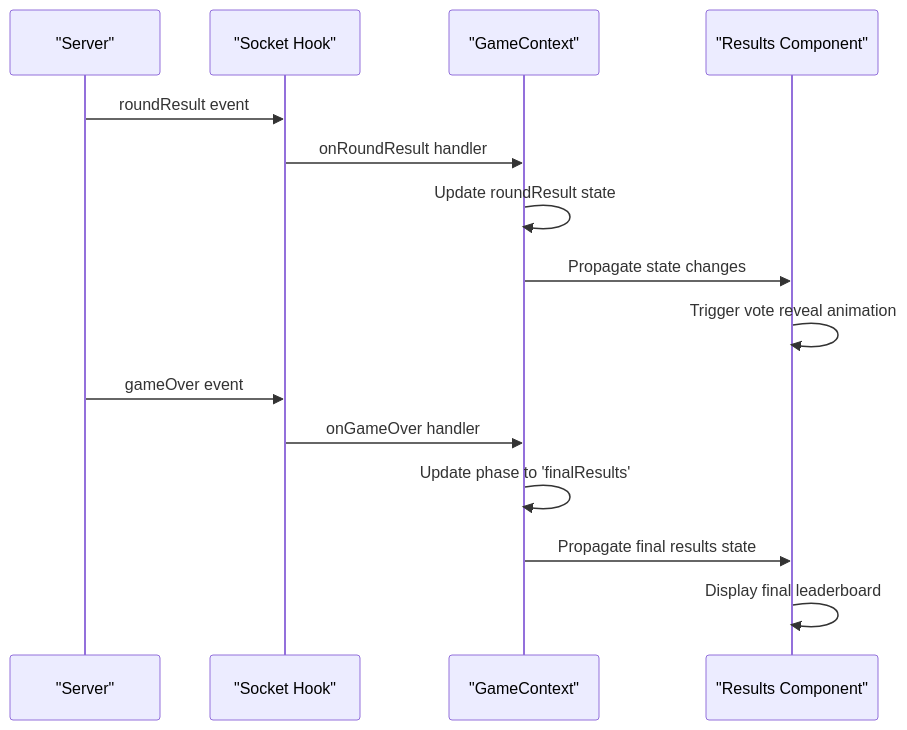
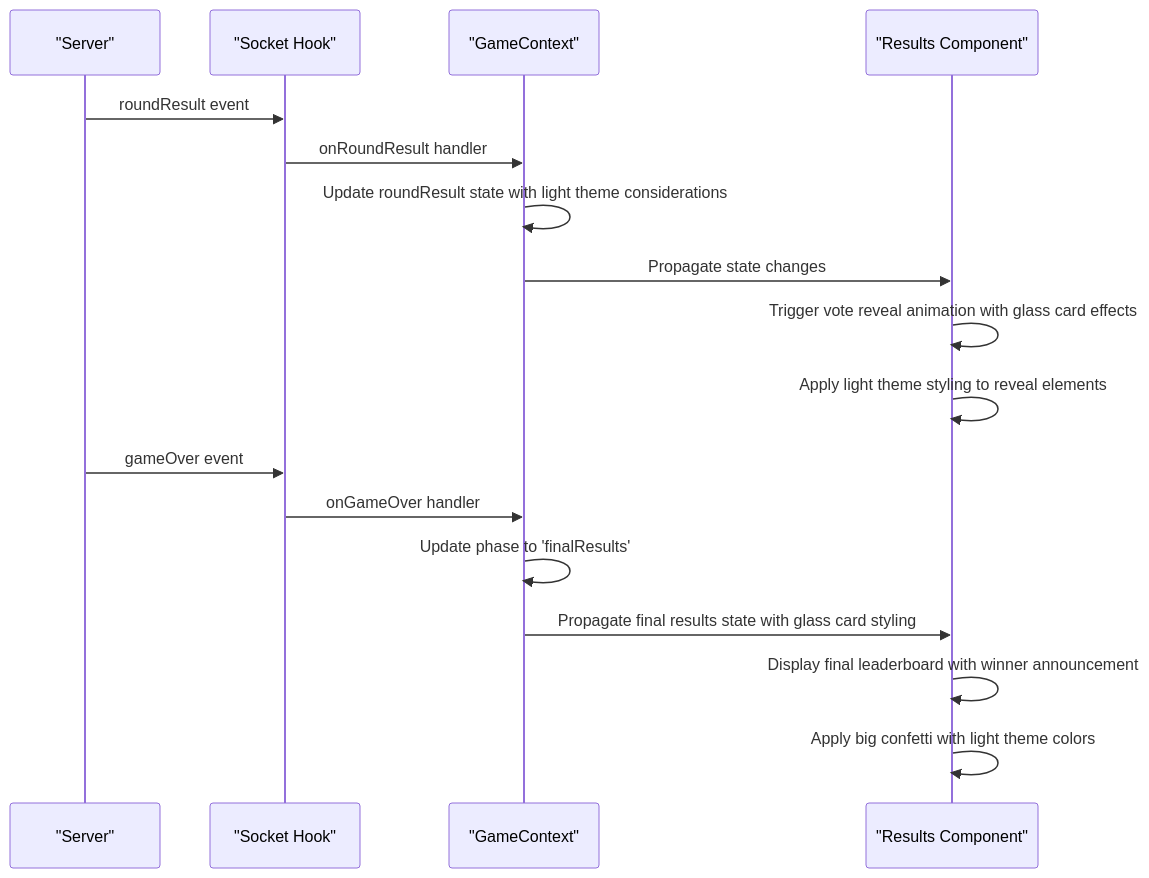
One commit to sparshgupta001/imposter_game changed the sixth of 8 diagrams in .qoder/repowiki/en/content/Game Screens and UI Components/Results Screen.md. Above: the diagram before and after it, drawn with Mermaid. The commit also changed other lines of this file and 22 other files, not shown here.

````diff
--- a/.qoder/repowiki/en/content/Game Screens and UI Components/Results Screen.md
+++ b/.qoder/repowiki/en/content/Game Screens and UI Components/Results Screen.md
@@ -284,17 +308,19 @@
 ```mermaid
 sequenceDiagram
 participant Server as "Server"
 participant Socket as "Socket Hook"
 participant GameCtx as "GameContext"
 participant Results as "Results Component"
 Server->>Socket : roundResult event
 Socket->>GameCtx : onRoundResult handler
-GameCtx->>GameCtx : Update roundResult state
+GameCtx->>GameCtx : Update roundResult state with light theme considerations
 GameCtx->>Results : Propagate state changes
-Results->>Results : Trigger vote reveal animation
+Results->>Results : Trigger vote reveal animation with glass card effects
+Results->>Results : Apply light theme styling to reveal elements
 Server->>Socket : gameOver event
 Socket->>GameCtx : onGameOver handler
 GameCtx->>GameCtx : Update phase to 'finalResults'
-GameCtx->>Results : Propagate final results state
-Results->>Results : Display final leaderboard
+GameCtx->>Results : Propagate final results state with glass card styling
+Results->>Results : Display final leaderboard with winner announcement
+Results->>Results : Apply big confetti with light theme colors
 ```
````
